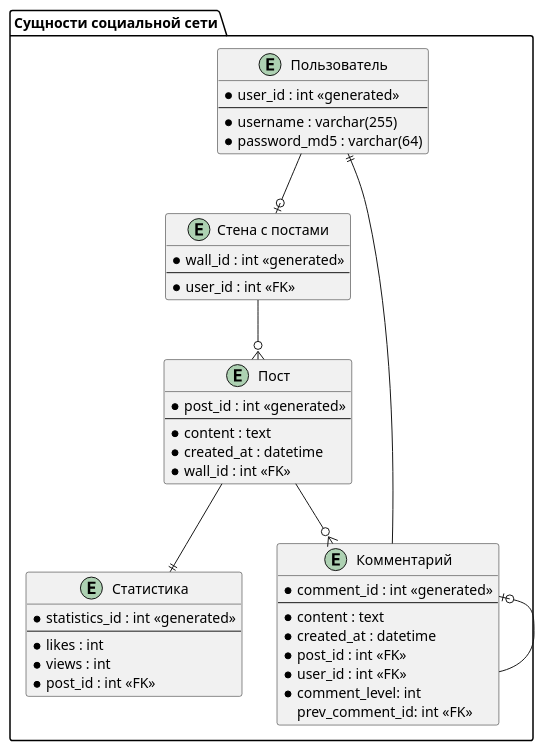
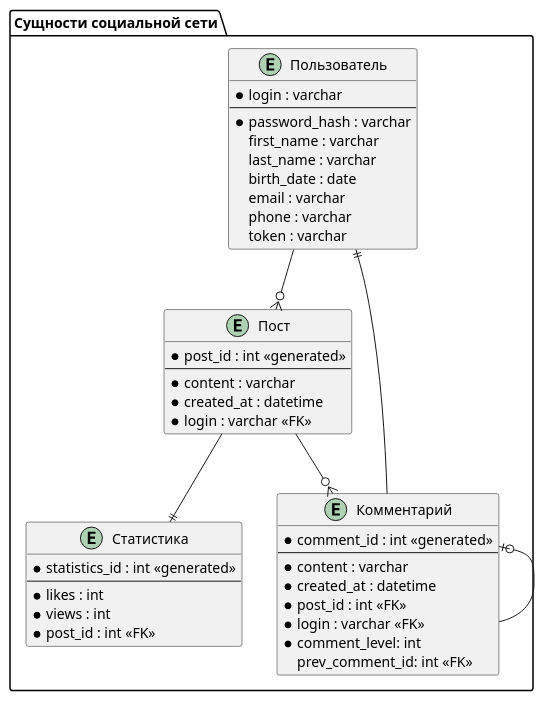
One commit to das67333/service-oriented-architectures changed the diagram in doc/er.puml. Above: the diagram before and after it, drawn with PlantUML. The commit also changed 53 other files, not shown here.

```diff
--- a/doc/er.puml
+++ b/doc/er.puml
@@ -1,47 +1,46 @@
 @startuml Social_Network_ER
 
 package "Сущности социальной сети" {
     entity "Пользователь" as User {
-        * user_id : int <<generated>>
+        * login : varchar
         --
-        * username : varchar(255)
-        * password_md5 : varchar(64)
-    }
-    entity "Стена с постами" as Wall {
-        * wall_id : int <<generated>>
-        --
-        * user_id : int <<FK>>
+        * password_hash : varchar
+        first_name : varchar
+        last_name : varchar
+        birth_date : date
+        email : varchar
+        phone : varchar
+        token : varchar
     }
     entity "Пост" as Post {
         * post_id : int <<generated>>
         --
-        * content : text
+        * content : varchar
         * created_at : datetime
-        * wall_id : int <<FK>>
+        * login : varchar <<FK>>
     }
     entity "Комментарий" as Comment {
         * comment_id : int <<generated>>
         --
-        * content : text
+        * content : varchar
         * created_at : datetime
         * post_id : int <<FK>>
-        * user_id : int <<FK>>
+        * login : varchar <<FK>>
         * comment_level: int
         prev_comment_id: int <<FK>>
     }
     entity "Статистика" as Statistics {
         * statistics_id : int <<generated>>
         --
         * likes : int
         * views : int
         * post_id : int <<FK>>
     }
 }
 
-User --o| Wall
-Wall --o{ Post
+User --o{ Post
 Post --o{ Comment
 Post --|| Statistics
 Comment |o-- Comment
 Comment --|| User
 @enduml
```
